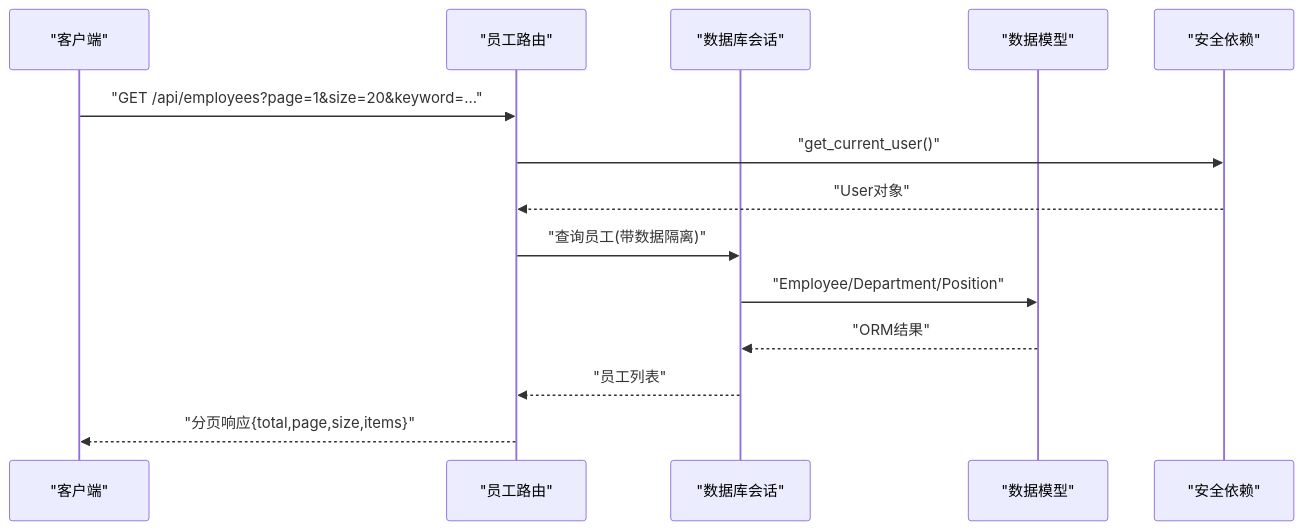
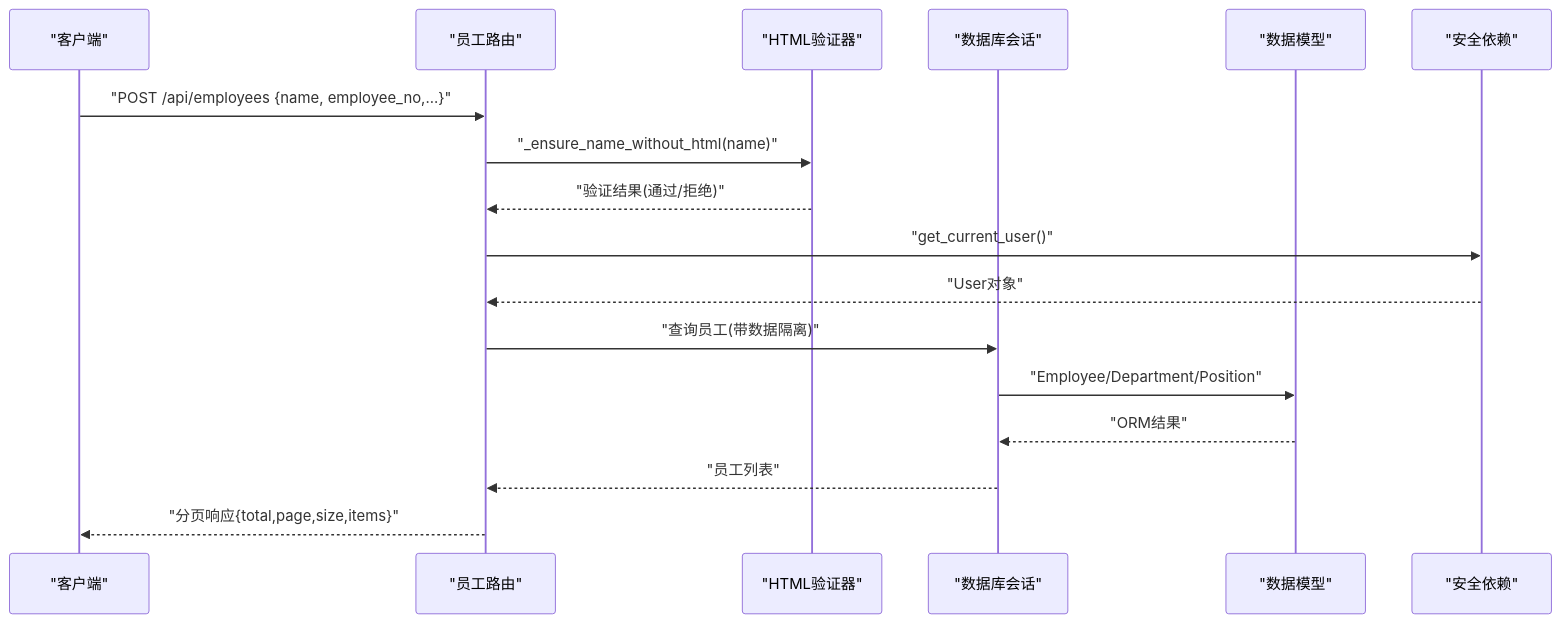
The second of 8 diagrams in .qoder/repowiki/zh/content/API参考文档/员工管理API.md (xgd561/performance_evaluation_system), drawn with Mermaid before and after one commit. The commit also changed other lines of this file and 136 other files, not shown here.

````diff
--- a/.qoder/repowiki/zh/content/API参考文档/员工管理API.md
+++ b/.qoder/repowiki/zh/content/API参考文档/员工管理API.md
@@ -86,16 +102,19 @@
 ```mermaid
 sequenceDiagram
 participant C as "客户端"
 participant R as "员工路由"
+participant V as "HTML验证器"
 participant D as "数据库会话"
 participant M as "数据模型"
 participant S as "安全依赖"
-C->>R : "GET /api/employees?page=1&size=20&keyword=..."
+C->>R : "POST /api/employees {name, employee_no,...}"
+R->>V : "_ensure_name_without_html(name)"
+V-->>R : "验证结果(通过/拒绝)"
 R->>S : "get_current_user()"
 S-->>R : "User对象"
 R->>D : "查询员工(带数据隔离)"
 D->>M : "Employee/Department/Position"
 M-->>D : "ORM结果"
 D-->>R : "员工列表"
 R-->>C : "分页响应{total,page,size,items}"
 ```
````
